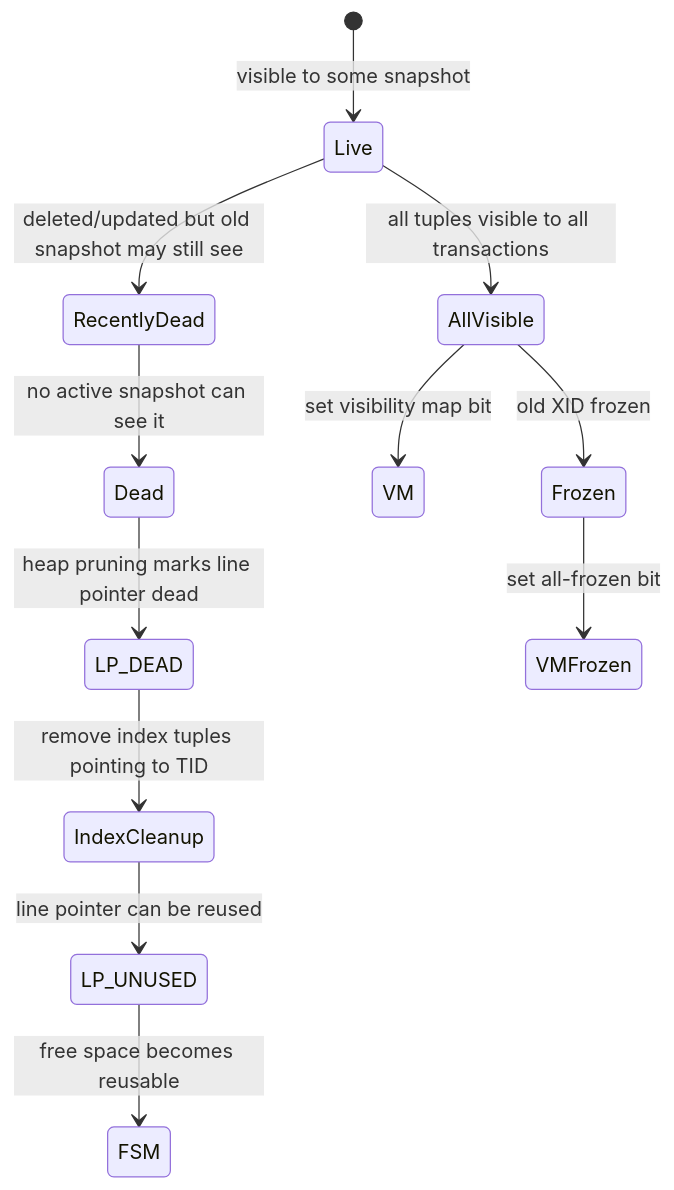
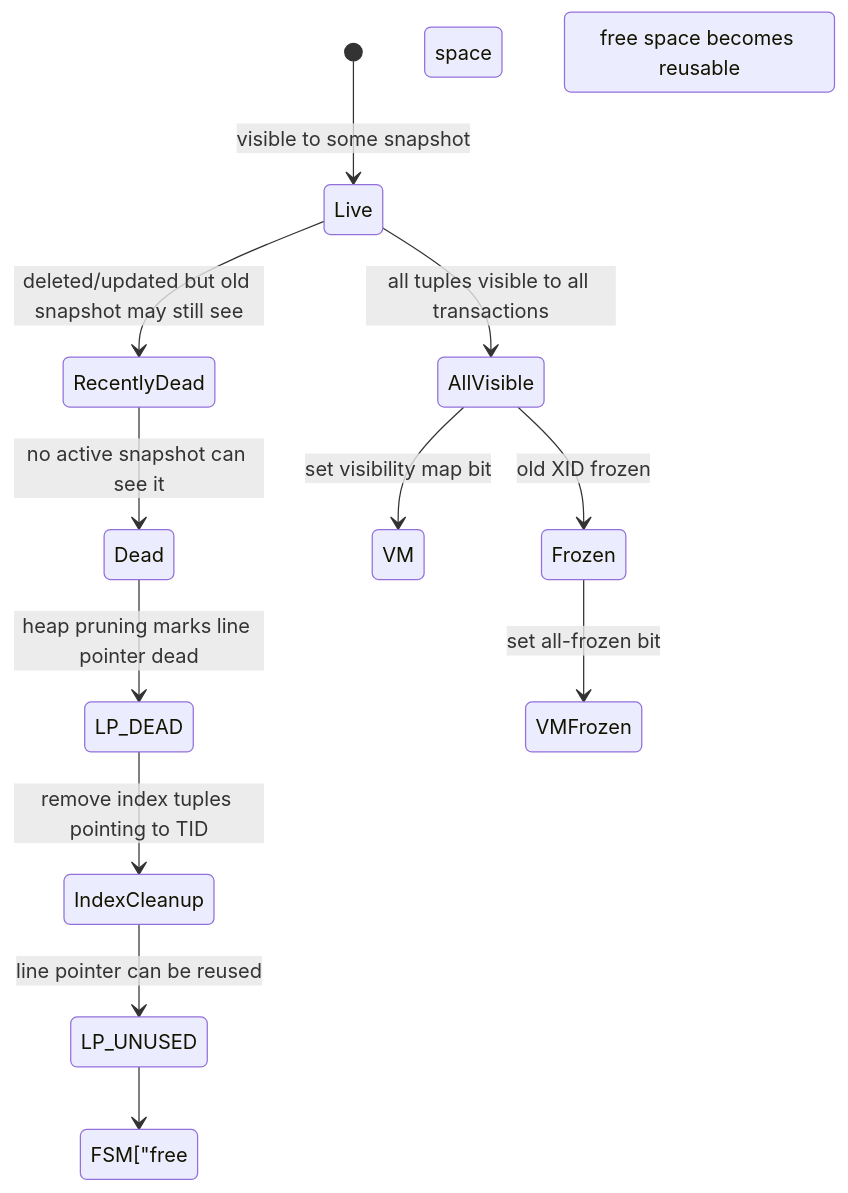
Before and after one commit to Dog-Du/Dog-Du.github.io: diagram 15 of 16 in content/posts/learning-database-industry-day011-2026-06-10-postgresql-oltp-storage.md, drawn with Mermaid. The commit also changed other lines of this file and 2 other files, not shown here.

````diff
--- a/content/posts/learning-database-industry-day011-2026-06-10-postgresql-oltp-storage.md
+++ b/content/posts/learning-database-industry-day011-2026-06-10-postgresql-oltp-storage.md
@@ -626,14 +683,14 @@
 ```mermaid
-stateDiagram-v2
+stateDiagram
     [*] --> Live: visible to some snapshot
     Live --> RecentlyDead: deleted/updated but old snapshot may still see
     RecentlyDead --> Dead: no active snapshot can see it
     Dead --> LP_DEAD: heap pruning marks line pointer dead
     LP_DEAD --> IndexCleanup: remove index tuples pointing to TID
     IndexCleanup --> LP_UNUSED: line pointer can be reused
-    LP_UNUSED --> FSM: free space becomes reusable
+    LP_UNUSED --> FSM["free space map"]: free space becomes reusable
     Live --> AllVisible: all tuples visible to all transactions
     AllVisible --> VM: set visibility map bit
     AllVisible --> Frozen: old XID frozen
     Frozen --> VMFrozen: set all-frozen bit
 ```
````
